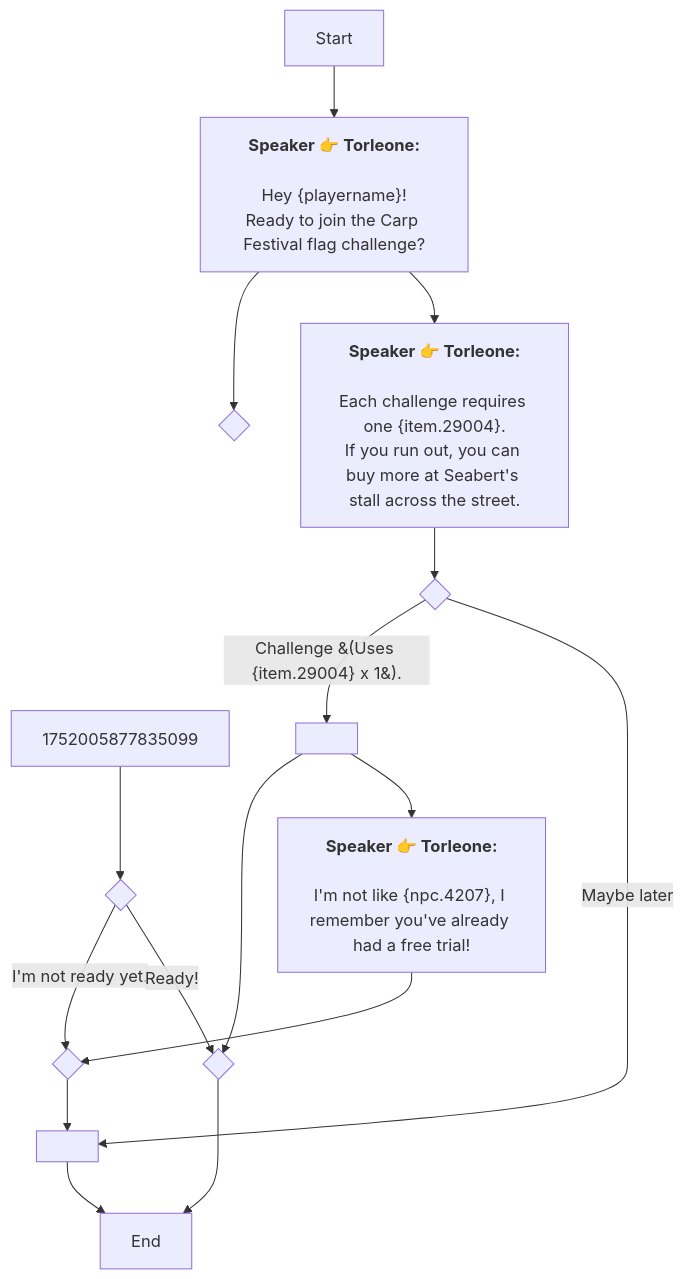
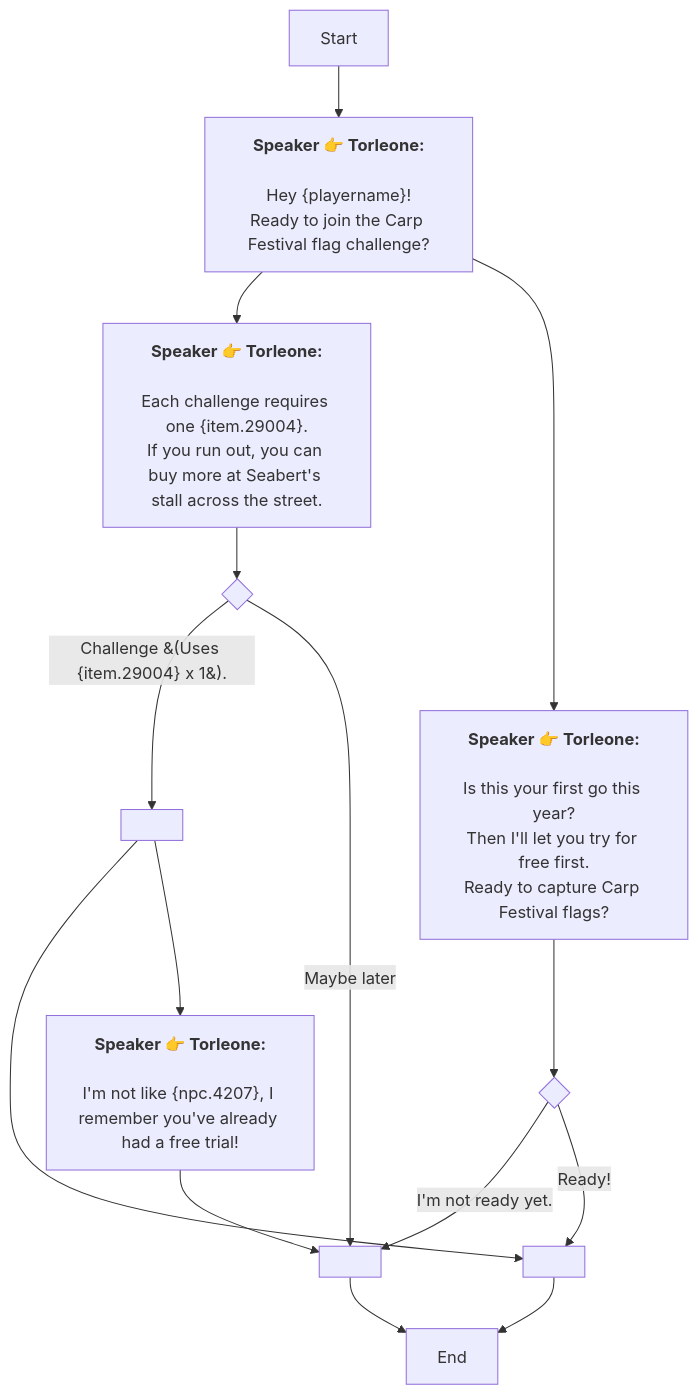
The diagram in En/AddDialogNode_1747827838779673.md (SoftHu/tos_avg), drawn with Mermaid before and after one commit. The commit also changed 228 other files, not shown here.

````diff
--- a/En/AddDialogNode_1747827838779673.md
+++ b/En/AddDialogNode_1747827838779673.md
@@ -1,27 +1,30 @@
 ```mermaid
 graph
 Start -->1747827907015965[<b>Speaker 👉 Torleone:</b>
 
 Hey &lbrace;playername&rbrace;!
 Ready to join the Carp Festival flag challenge?]
-1747827907015965 -->1752005483736403{ }
 1747827907015965 -->1752005655631188[<b>Speaker 👉 Torleone:</b>
 
 Each challenge requires one &lbrace;item.29004&rbrace;.
 If you run out, you can buy more at Seabert's stall across the street.]
-1752005877835099 -->1752005938413916{ }
-1752005938413916 -->|I'm not ready yet.|1752005960656225[ ]
-1752005938413916 -->|Ready!|1751644280567093[ ]
-1752005960656225 -->1751644294411574{ }
-1751644294411574 -->1747827980024094[End]
-1751644280567093 -->1747827980024094[End]
+1747827907015965 -->1752005877835099[<b>Speaker 👉 Torleone:</b>
+
+Is this your first go this year?
+Then I'll let you try for free first.
+Ready to capture Carp Festival flags?]
 1752005655631188 -->1752005828131157{ }
 1752005828131157 -->|Challenge &#40;Uses &lbrace;item.29004&rbrace; x 1&#41;.|1752005867783514[ ]
 1752005828131157 -->|Maybe later|1751644294411574[ ]
 1752005867783514 -->1751644280567093{ }
 1752005867783514 -->1752006146056546[<b>Speaker 👉 Torleone:</b>
 
 I'm not like &lbrace;npc.4207&rbrace;, I remember you've already had a free trial!]
-1752006146056546 -->1752005960656225{ }
+1751644280567093 -->1747827980024094[End]
+1752006146056546 -->1751644294411574{ }
+1751644294411574 -->1747827980024094[End]
+1752005877835099 -->1752005938413916{ }
+1752005938413916 -->|I'm not ready yet.|1751644294411574[ ]
+1752005938413916 -->|Ready!|1751644280567093[ ]
 
  ```
````
